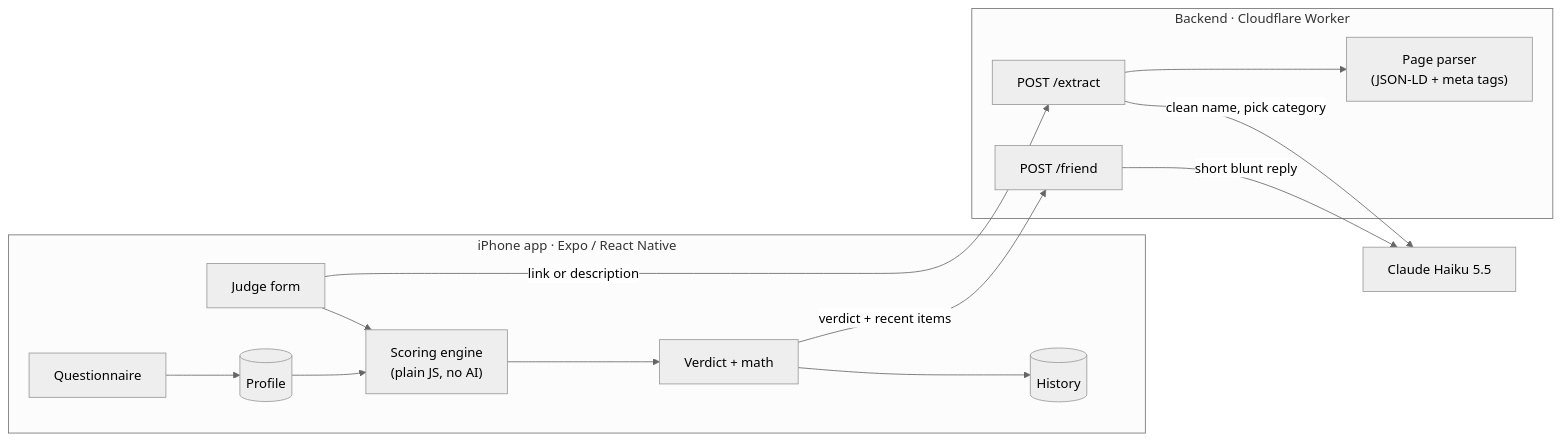
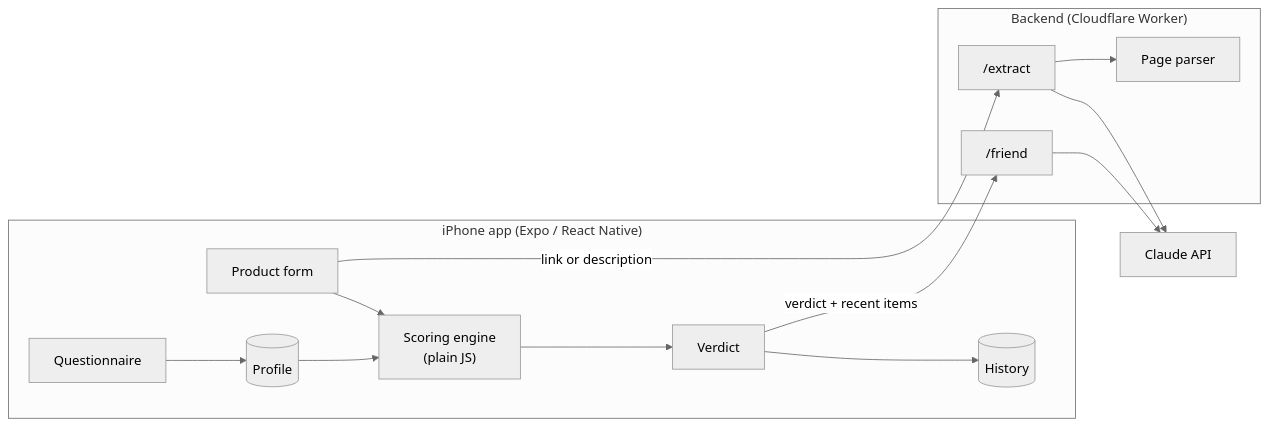
Before and after one commit to HumorousJJkar/impulsify: the diagram in README.md, drawn with Mermaid (neutral theme). The commit also changed other lines of this file, not shown here.

````diff
--- a/README.md
+++ b/README.md
@@ -25,20 +25,20 @@
 ```mermaid
 flowchart LR
-  subgraph phone["iPhone app · Expo / React Native"]
+  subgraph phone["iPhone app (Expo / React Native)"]
     Q[Questionnaire] --> P[(Profile)]
-    J[Judge form] --> E["Scoring engine<br/>(plain JS, no AI)"]
+    J[Product form] --> E["Scoring engine<br/>(plain JS)"]
     P --> E
-    E --> V[Verdict + math]
+    E --> V[Verdict]
     V --> H[(History)]
   end
 
-  subgraph worker["Backend · Cloudflare Worker"]
-    X["POST /extract"] --> S["Page parser<br/>(JSON-LD + meta tags)"]
-    F["POST /friend"]
+  subgraph worker["Backend (Cloudflare Worker)"]
+    X["/extract"] --> S["Page parser"]
+    F["/friend"]
   end
 
   J -- "link or description" --> X
   V -- "verdict + recent items" --> F
-  X -- "clean name, pick category" --> C["Claude Haiku 5.5"]
-  F -- "short blunt reply" --> C
+  X --> C["Claude API"]
+  F --> C
 ```
````
